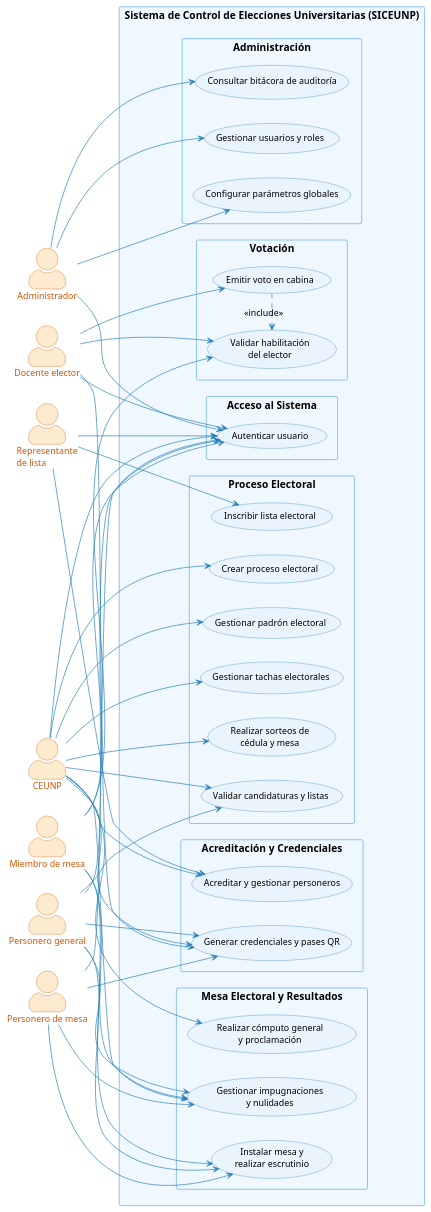
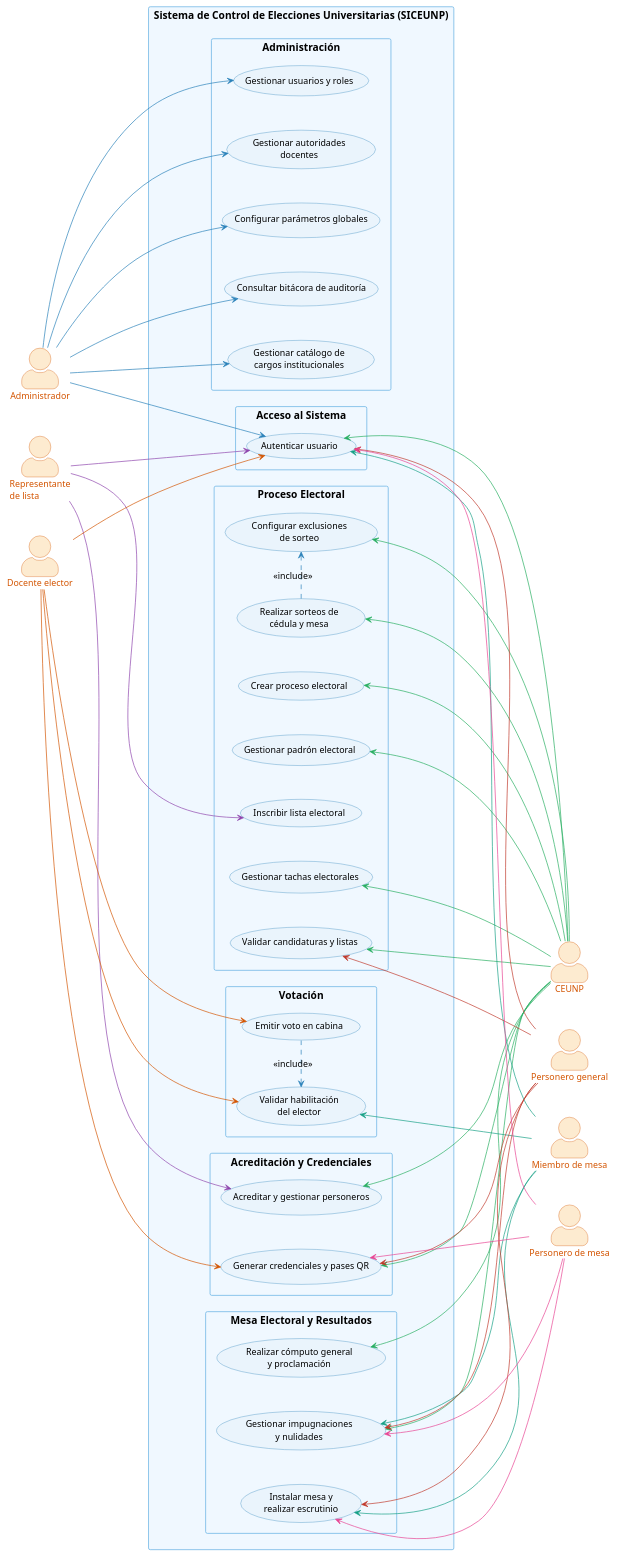
The diagram in diagramas/diagrama_casos_uso_general.puml (LeandroUniversitario/sistemaDeVotacionesUnp), drawn with PlantUML before and after one commit. The commit also changed 118 other files, not shown here.

Commit message:
feat: Normalizacion de catalogo de cargos y actualizacion de diagramas

```diff
--- a/diagramas/diagrama_casos_uso_general.puml
+++ b/diagramas/diagrama_casos_uso_general.puml
@@ -1,172 +1,181 @@
 @startuml Diagrama_Casos_Uso_General
 left to right direction
+skinparam nodesep 50
+skinparam ranksep 150
 skinparam actorStyle awesome
 skinparam packageStyle rectangle
 skinparam backgroundcolor transparent
 skinparam defaultFontName Helvetica
 
 skinparam usecase {
     BackgroundColor #EAF4FC
     BorderColor #2980B9
     FontSize 13
     ArrowColor #2980B9
 }
 
 skinparam actor {
     BackgroundColor #FDEBD0
     BorderColor #D35400
     FontSize 13
     FontColor #D35400
 }
 
 skinparam rectangle {
     BackgroundColor #FAFAFA
     BorderColor #2C3E50
     FontSize 15
     FontStyle bold
 }
 
 skinparam package {
     BackgroundColor #F0F8FF
     BorderColor #5DADE2
     FontSize 12
     FontStyle bold
     FontColor #1A5276
 }
 
 ' ==========================================
 ' ACTORES IZQUIERDA
 ' ==========================================
 together {
     actor "Administrador" as admin
     actor "Representante\nde lista" as representante
     actor "Docente elector" as elector
 }
 
 ' ==========================================
 ' ACTORES DERECHA
 ' ==========================================
 together {
     actor "CEUNP" as comite
     actor "Miembro de mesa" as miembroMesa
     actor "Personero general" as personeroGeneral
     actor "Personero de mesa" as personeroMesa
 }
 
 ' ==========================================
 ' SISTEMA SICEUNP
 ' ==========================================
 rectangle "Sistema de Control de Elecciones Universitarias (SICEUNP)" {
 
     ' --- Acceso ---
     package "Acceso al Sistema" {
         usecase "Autenticar usuario" as UC_Auth
     }
 
     ' --- Administración ---
     package "Administración" {
         usecase "Gestionar usuarios y roles" as UC_Users
         usecase "Configurar parámetros globales" as UC_Params
         usecase "Consultar bitácora de auditoría" as UC_Bitacora
+        usecase "Gestionar catálogo de\ncargos institucionales" as UC_Catalogo
+        usecase "Gestionar autoridades\ndocentes" as UC_Autoridades
     }
 
     ' --- Proceso Electoral ---
     package "Proceso Electoral" {
         usecase "Crear proceso electoral" as UC_Proceso
         usecase "Gestionar padrón electoral" as UC_Padron
         usecase "Inscribir lista electoral" as UC_Listas
         usecase "Validar candidaturas y listas" as UC_ValidarListas
         usecase "Gestionar tachas electorales" as UC_Tachas
         usecase "Realizar sorteos de\ncédula y mesa" as UC_Sorteo
+        usecase "Configurar exclusiones\nde sorteo" as UC_Exclusiones
     }
 
     ' --- Acreditaciones y Credenciales ---
     package "Acreditación y Credenciales" {
         usecase "Acreditar y gestionar personeros" as UC_Personeros
         usecase "Generar credenciales y pases QR" as UC_Credenciales
     }
 
     ' --- Votación ---
     package "Votación" {
         usecase "Validar habilitación\ndel elector" as UC_Validar
         usecase "Emitir voto en cabina" as UC_Voto
     }
 
     ' --- Escrutinio, Impugnaciones y Cómputo ---
     package "Mesa Electoral y Resultados" {
         usecase "Instalar mesa y\nrealizar escrutinio" as UC_Escrutinio
         usecase "Gestionar impugnaciones\ny nulidades" as UC_Impugnaciones
         usecase "Realizar cómputo general\ny proclamación" as UC_Computo
     }
 }
 
 ' ==========================================
 ' CONEXIONES — ADMINISTRADOR
 ' ==========================================
-admin --> UC_Auth
-admin --> UC_Users
-admin --> UC_Params
-admin --> UC_Bitacora
+admin -[#2980B9]-> UC_Auth
+admin -[#2980B9]-> UC_Users
+admin -[#2980B9]-> UC_Params
+admin -[#2980B9]-> UC_Bitacora
+admin -[#2980B9]-> UC_Catalogo
+admin -[#2980B9]-> UC_Autoridades
 
 ' ==========================================
 ' CONEXIONES — REPRESENTANTE DE LISTA
 ' ==========================================
-representante --> UC_Auth
-representante --> UC_Listas
-representante --> UC_Personeros
+representante -[#8E44AD]-> UC_Auth
+representante -[#8E44AD]-> UC_Listas
+representante -[#8E44AD]-> UC_Personeros
 
 ' ==========================================
 ' CONEXIONES — DOCENTE ELECTOR
 ' ==========================================
-elector --> UC_Auth
-elector --> UC_Validar
-elector --> UC_Voto
-elector --> UC_Credenciales
+elector -[#D35400]-> UC_Auth
+elector -[#D35400]-> UC_Validar
+elector -[#D35400]-> UC_Voto
+elector -[#D35400]-> UC_Credenciales
 
 ' ==========================================
 ' CONEXIONES — CEUNP
 ' ==========================================
-comite --> UC_Auth
-comite --> UC_Proceso
-comite --> UC_Padron
-comite --> UC_ValidarListas
-comite --> UC_Tachas
-comite --> UC_Sorteo
-comite --> UC_Personeros
-comite --> UC_Credenciales
-comite --> UC_Impugnaciones
-comite --> UC_Computo
+UC_Auth <-[#27AE60]- comite
+UC_Proceso <-[#27AE60]- comite
+UC_Padron <-[#27AE60]- comite
+UC_ValidarListas <-[#27AE60]- comite
+UC_Tachas <-[#27AE60]- comite
+UC_Sorteo <-[#27AE60]- comite
+UC_Exclusiones <-[#27AE60]- comite
+UC_Personeros <-[#27AE60]- comite
+UC_Credenciales <-[#27AE60]- comite
+UC_Impugnaciones <-[#27AE60]- comite
+UC_Computo <-[#27AE60]- comite
 
 ' ==========================================
 ' CONEXIONES — MIEMBRO DE MESA
 ' ==========================================
-miembroMesa --> UC_Auth
-miembroMesa --> UC_Validar
-miembroMesa --> UC_Escrutinio
-miembroMesa --> UC_Impugnaciones
+UC_Auth <-[#16A085]- miembroMesa
+UC_Validar <-[#16A085]- miembroMesa
+UC_Escrutinio <-[#16A085]- miembroMesa
+UC_Impugnaciones <-[#16A085]- miembroMesa
 
 ' ==========================================
 ' CONEXIONES — PERSONERO GENERAL
 ' (Fiscaliza todo el proceso electoral)
 ' ==========================================
-personeroGeneral --> UC_Auth
-personeroGeneral --> UC_ValidarListas
-personeroGeneral --> UC_Credenciales
-personeroGeneral --> UC_Escrutinio
-personeroGeneral --> UC_Impugnaciones
+UC_Auth <-[#C0392B]- personeroGeneral
+UC_ValidarListas <-[#C0392B]- personeroGeneral
+UC_Credenciales <-[#C0392B]- personeroGeneral
+UC_Escrutinio <-[#C0392B]- personeroGeneral
+UC_Impugnaciones <-[#C0392B]- personeroGeneral
 
 ' ==========================================
 ' CONEXIONES — PERSONERO DE MESA
 ' (Fiscaliza en el ámbito de su mesa)
 ' ==========================================
-personeroMesa --> UC_Auth
-personeroMesa --> UC_Credenciales
-personeroMesa --> UC_Escrutinio
-personeroMesa --> UC_Impugnaciones
+UC_Auth <-[#E84393]- personeroMesa
+UC_Credenciales <-[#E84393]- personeroMesa
+UC_Escrutinio <-[#E84393]- personeroMesa
+UC_Impugnaciones <-[#E84393]- personeroMesa
 
 ' ==========================================
-' RELACIONES INCLUDE
+' RELACIONES INCLUDE / EXTEND
 ' ==========================================
 UC_Voto .> UC_Validar : <<include>>
+UC_Sorteo .> UC_Exclusiones : <<include>>
 
 @enduml
```
